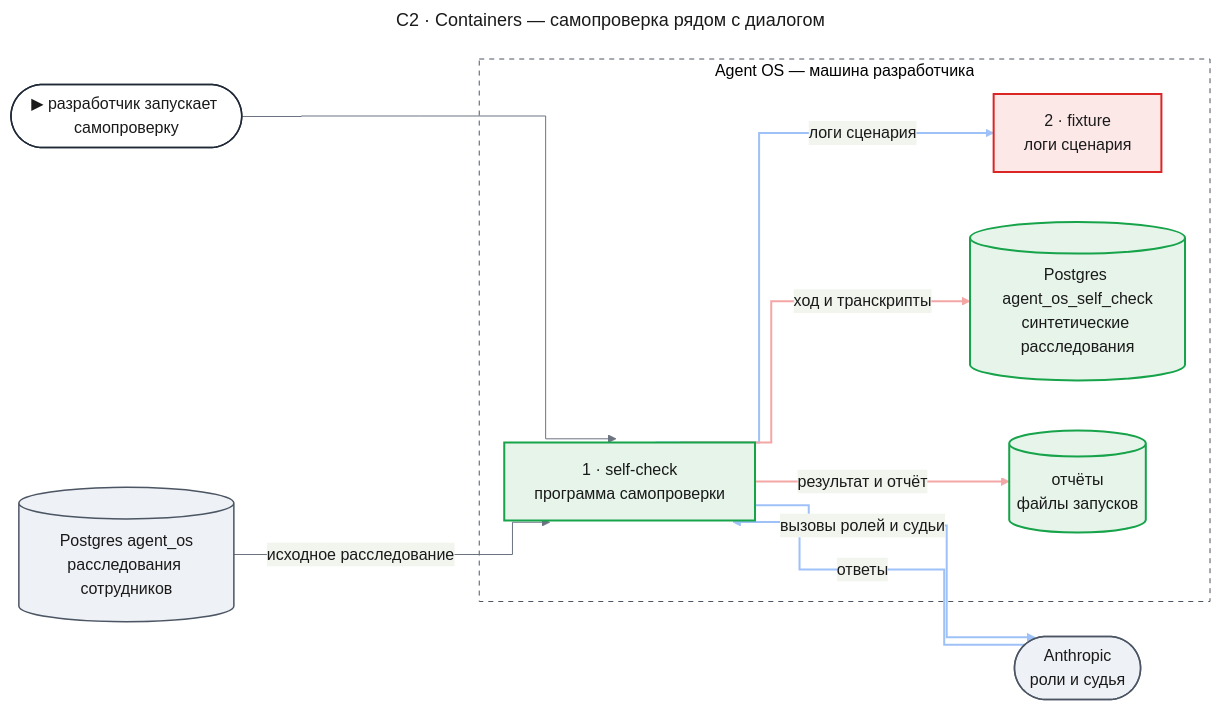
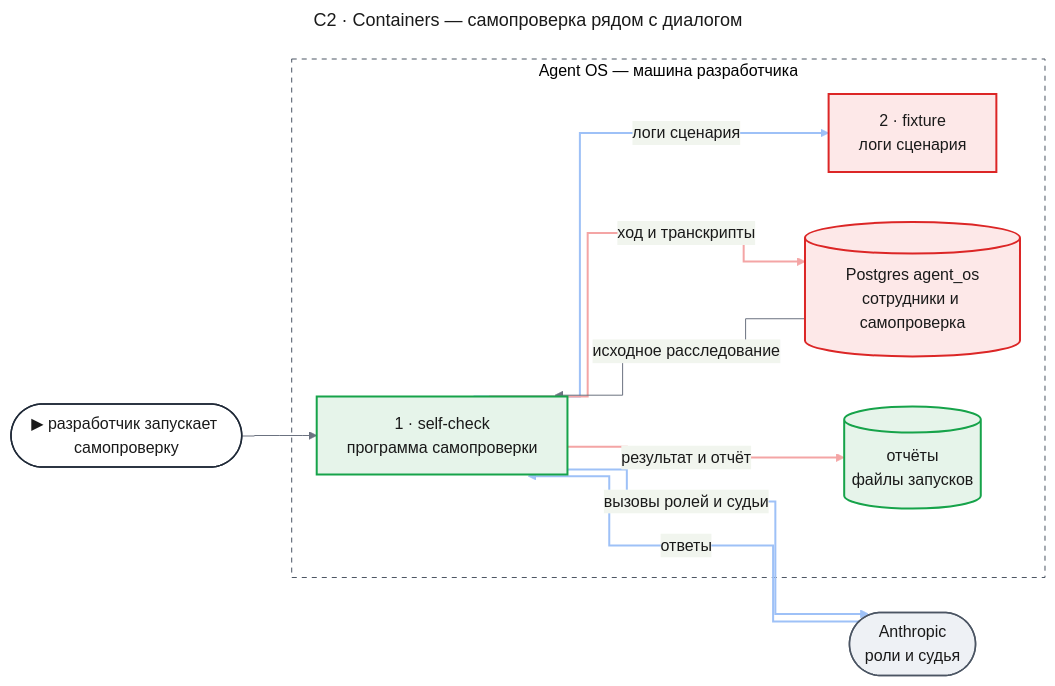
One commit to tundraray/agent-os changed the second of 13 diagrams in docs/features/agent-quality/design-self-check.md. Above: the diagram before and after it, drawn with Mermaid. The commit also changed other lines of this file and 7 other files, not shown here.

````diff
--- a/docs/features/agent-quality/design-self-check.md
+++ b/docs/features/agent-quality/design-self-check.md
@@ -228,54 +227,53 @@
 ```mermaid
 ---
 title: "C2 · Containers — самопроверка рядом с диалогом"
 config:
   theme: base
   look: classic
   themeVariables:
     primaryColor: "#eef1f5"
     primaryBorderColor: "#4b5563"
     primaryTextColor: "#1a1a1a"
     lineColor: "#6b7280"
   flowchart:
     curve: step
   themeCSS: |
     @keyframes litr_c2b{0%,18%{stroke:#1d4ed8;stroke-width:6px}20%,100%{stroke:#9ec1f7;stroke-width:2px}}
     @keyframes lit_c2b{0%,18%{stroke:#991b1b;stroke-width:6px}20%,100%{stroke:#f4a5a5;stroke-width:2px}}
 ---
 flowchart LR
     entry(["▶ разработчик запускает самопроверку"])
-    main[("Postgres agent_os<br/>расследования сотрудников")]
     subgraph aos["Agent OS — машина разработчика"]
         sc["1 · self-check<br/>программа самопроверки"]
         fx["2 · fixture<br/>логи сценария"]
-        scdb[("Postgres agent_os_self_check<br/>синтетические расследования")]
+        main[("Postgres agent_os<br/>сотрудники и самопроверка")]
         files[("отчёты<br/>файлы запусков")]
     end
     anth(["Anthropic<br/>роли и судья"])
     entry --> sc
     sc e1@-->|"логи сценария"| fx
     sc e2@-->|"вызовы ролей и судьи"| anth
     anth e3@-->|"ответы"| sc
-    sc e4@-->|"ход и транскрипты"| scdb
+    sc e4@-->|"ход и транскрипты"| main
     sc e5@-->|"результат и отчёт"| files
     main -->|"исходное расследование"| sc
     classDef entry fill:#ffffff,stroke:#1f2937,stroke-width:1.5px,color:#1a1a1a
     classDef changed fill:#fde8e8,stroke:#dc2626,stroke-width:2px,color:#1a1a1a
     classDef new fill:#e6f4ea,stroke:#16a34a,stroke-width:2px,color:#1a1a1a
     classDef unchanged fill:#eef1f5,stroke:#4b5563,stroke-width:1.5px,color:#1a1a1a
     classDef r1 stroke:#9ec1f7,stroke-width:2px,animation:litr_c2b 6s linear 0s infinite
     classDef r2 stroke:#9ec1f7,stroke-width:2px,animation:litr_c2b 6s linear 1.2s infinite
     classDef r3 stroke:#9ec1f7,stroke-width:2px,animation:litr_c2b 6s linear 2.4s infinite
     classDef w4 stroke:#f4a5a5,stroke-width:2px,animation:lit_c2b 6s linear 3.6s infinite
     classDef w5 stroke:#f4a5a5,stroke-width:2px,animation:lit_c2b 6s linear 4.8s infinite
     class entry entry
-    class sc,scdb,files new
-    class fx changed
-    class main,anth unchanged
+    class sc,files new
+    class fx,main changed
+    class anth unchanged
     class e1 r1
     class e2 r2
     class e3 r3
     class e4 w4
     class e5 w5
     style aos fill:none,stroke:#4b5563,stroke-dasharray:5 5
 ```
````
